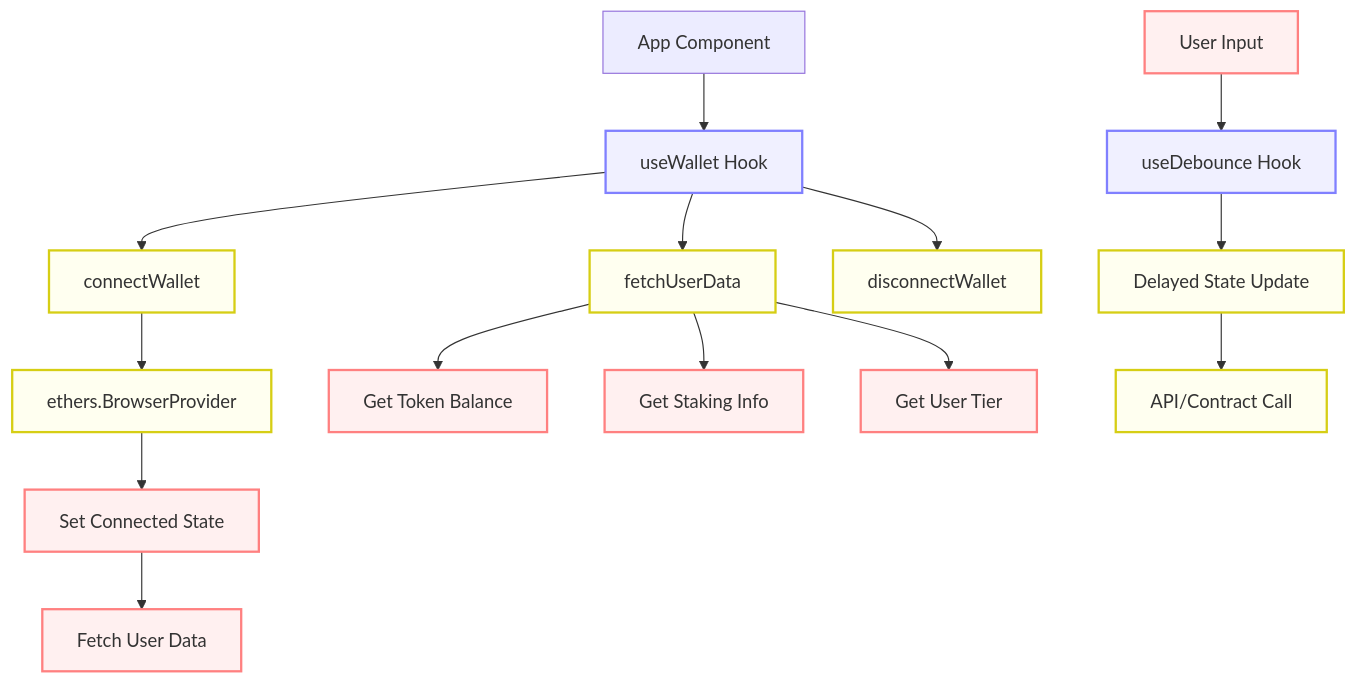
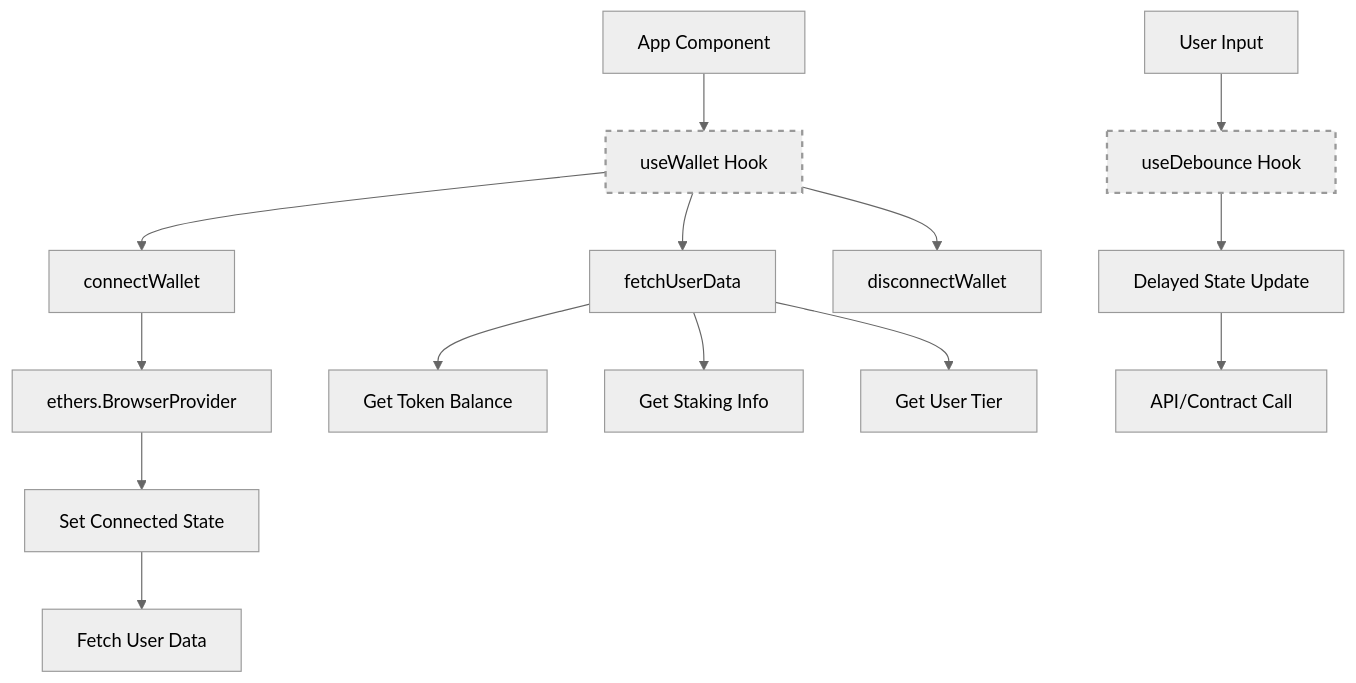
One commit to jmakwana01/InsightTiers changed the fourth of 10 diagrams in README.md. Above: the diagram before and after it, drawn with Mermaid. The commit also changed other lines of this file, not shown here.

````diff
--- a/README.md
+++ b/README.md
@@ -155,27 +159,23 @@
 ```mermaid
+%%{init: {'theme':'neutral', 'themeVariables': {'primaryColor': '#f5f5f5', 'primaryTextColor': '#000000', 'primaryBorderColor': '#333333', 'lineColor': '#666666', 'fontFamily': 'arial'}}}%%
 flowchart TD
     A[App Component] --> B[useWallet Hook]
     B --> C[connectWallet]
     B --> D[fetchUserData]
     B --> E[disconnectWallet]
     
     C --> F[ethers.BrowserProvider]
     F --> G[Set Connected State]
     G --> H[Fetch User Data]
     
     D --> I[Get Token Balance]
     D --> J[Get Staking Info]
     D --> K[Get User Tier]
     
     L[User Input] --> M[useDebounce Hook]
     M --> N[Delayed State Update]
     N --> O[API/Contract Call]
     
-    classDef hook fill:#f0f0ff,stroke:#8080ff,stroke-width:2px;
-    classDef function fill:#fffff0,stroke:#d6ce14,stroke-width:2px;
-    classDef action fill:#fff0f0,stroke:#ff8080,stroke-width:2px;
-    
-    class B,M hook;
-    class C,D,E,F,N,O function;
-    class G,H,I,J,K,L action;
+    style B stroke-width:2px,stroke-dasharray:5 5
+    style M stroke-width:2px,stroke-dasharray:5 5
 ```
````
